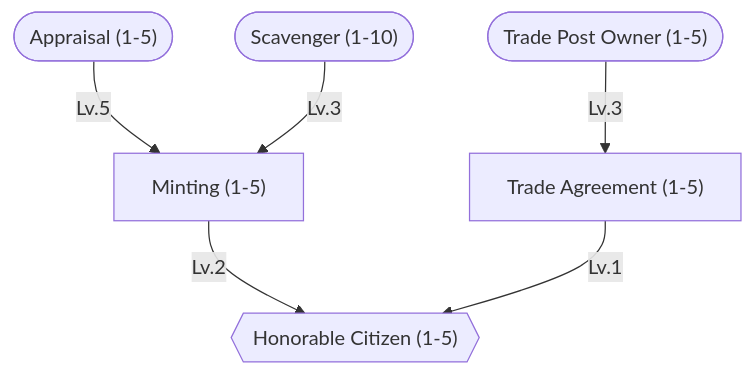
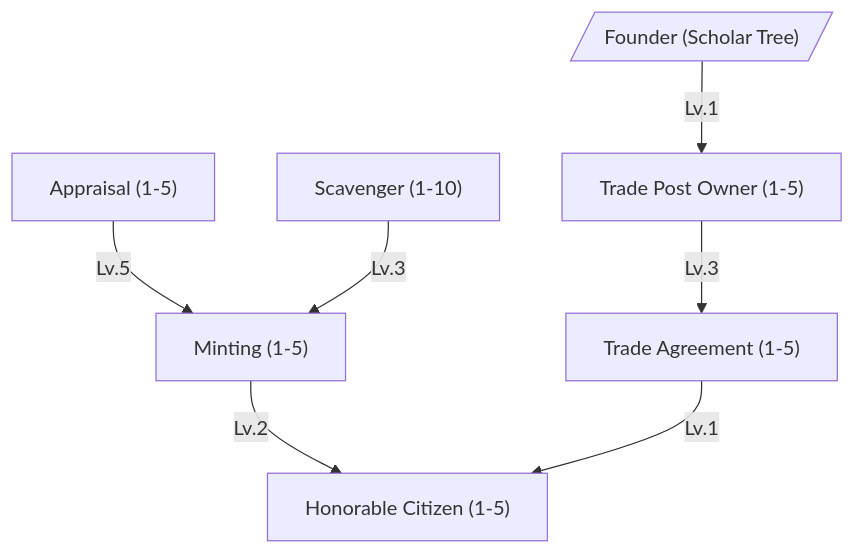
Diagram 12 of 16 in content/docs/mechanics/master.md (tfelix/bestia-docs), drawn with Mermaid before and after one commit. The commit also changed other lines of this file and 2 other files, not shown here.

````diff
--- a/content/docs/mechanics/master.md
+++ b/content/docs/mechanics/master.md
@@ -1132,17 +1123,19 @@
 ```mermaid
 graph TD
-    Appraisal(["Appraisal (1-5)"])
-    Scavenger(["Scavenger (1-10)"])
-    TradePostOwner(["Trade Post Owner (1-5)"])
+    Founder[/"Founder (Scholar Tree)"/]
+    Appraisal["Appraisal (1-5)"]
+    Scavenger["Scavenger (1-10)"]
+    TradePostOwner["Trade Post Owner (1-5)"]
     Minting["Minting (1-5)"]
     TradeAgreement["Trade Agreement (1-5)"]
-    HonorableCitizen{{"Honorable Citizen (1-5)"}}
+    HonorableCitizen["Honorable Citizen (1-5)"]
 
     Appraisal -->|Lv.5| Minting
     Scavenger -->|Lv.3| Minting
 
+    Founder -->|Lv.1| TradePostOwner
     TradePostOwner -->|Lv.3| TradeAgreement
 
     Minting -->|Lv.2| HonorableCitizen
     TradeAgreement -->|Lv.1| HonorableCitizen
 ```
````
